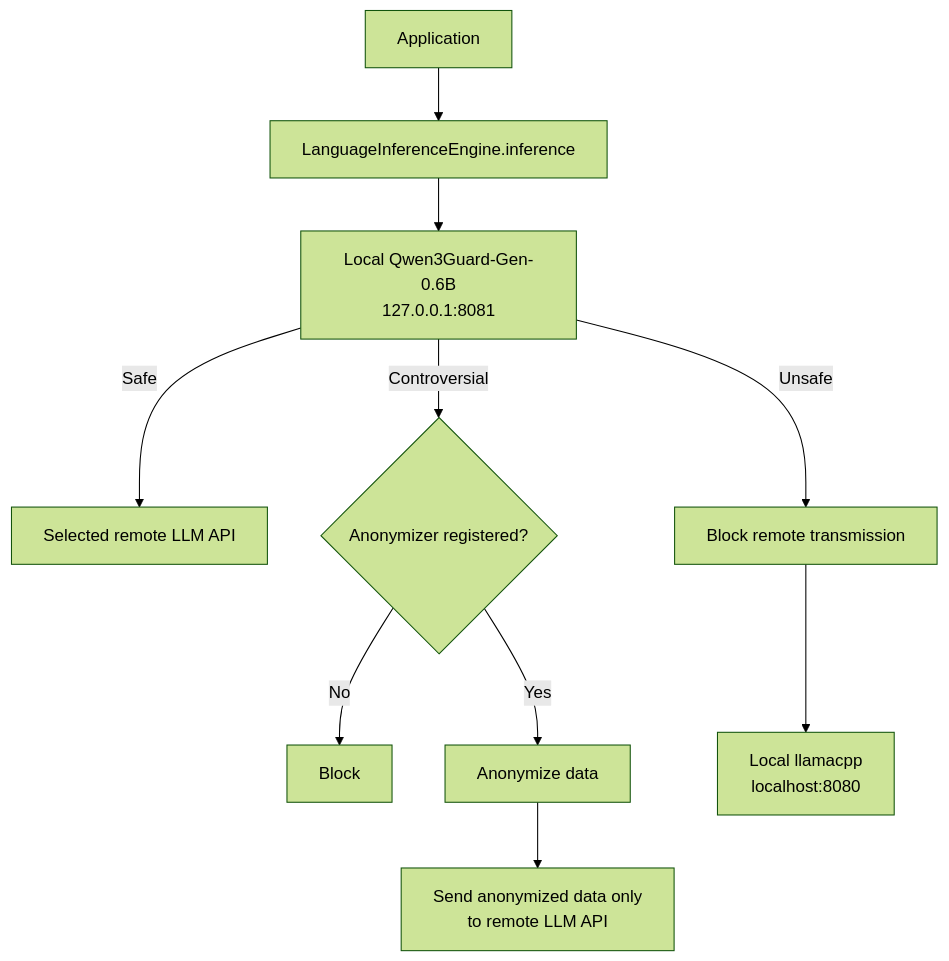
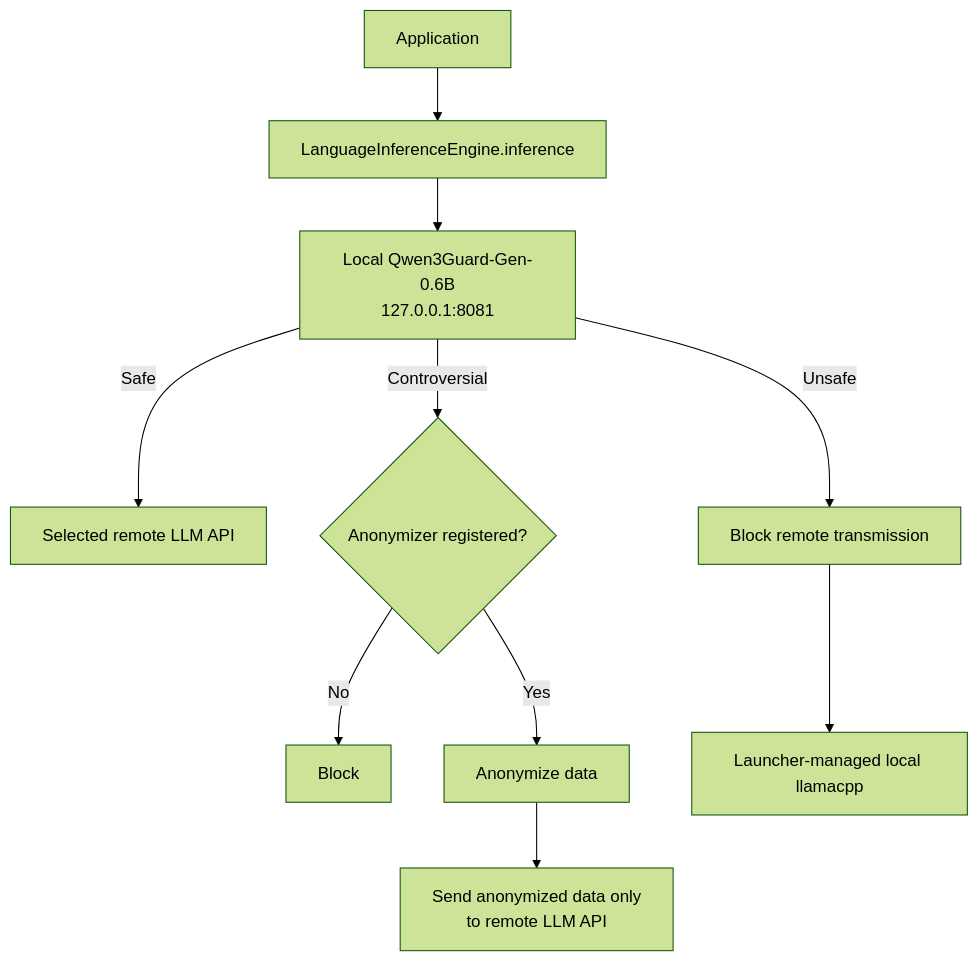
One commit to gnh1201/welsonjs changed the first of 3 diagrams in docs/llm-guard-flow.en.md. Above: the diagram before and after it, drawn with Mermaid (forest theme). The commit also changed other lines of this file and 6 other files, not shown here.

````diff
--- a/docs/llm-guard-flow.en.md
+++ b/docs/llm-guard-flow.en.md
@@ -9,12 +9,12 @@
 ```mermaid
 flowchart TD
     A[Application] --> B[LanguageInferenceEngine.inference]
     B --> C[Local Qwen3Guard-Gen-0.6B<br/>127.0.0.1:8081]
     C -->|Safe| D[Selected remote LLM API]
     C -->|Controversial| E{Anonymizer registered?}
     E -->|No| F[Block]
     E -->|Yes| G[Anonymize data]
     G --> H[Send anonymized data only<br/>to remote LLM API]
     C -->|Unsafe| I[Block remote transmission]
-    I --> J[Local llamacpp<br/>localhost:8080]
+    I --> J[Launcher-managed local llamacpp]
 ```
````
